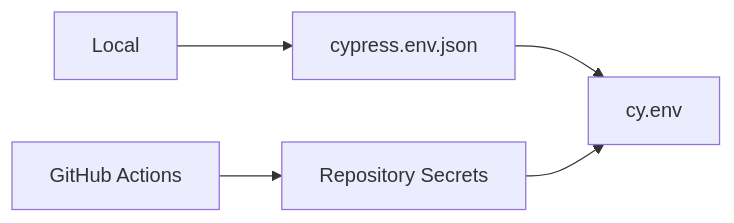
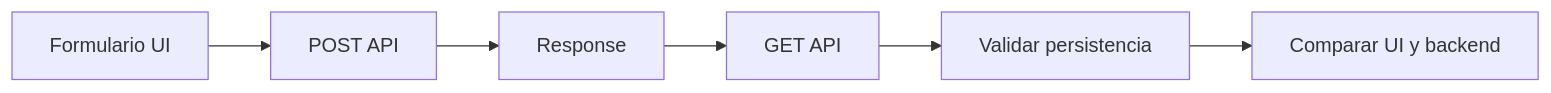
Before and after one commit to MichaelR21z/shady-meadows-bnb-automation: the third of 4 diagrams in docs/test-strategy.md, drawn with Mermaid. The commit also changed other lines of this file, not shown here.

````diff
--- a/docs/test-strategy.md
+++ b/docs/test-strategy.md
@@ -234,7 +248,8 @@
 ```mermaid
 flowchart LR
-    A[Local] --> B[cypress.env.json]
-    C[GitHub Actions] --> D[Repository Secrets]
-    B --> E[cy.env]
-    D --> E
+    A[Formulario UI] --> B[POST API]
+    B --> C[Response]
+    C --> D[GET API]
+    D --> E[Validar persistencia]
+    E --> F[Comparar UI y backend]
 ```
````
